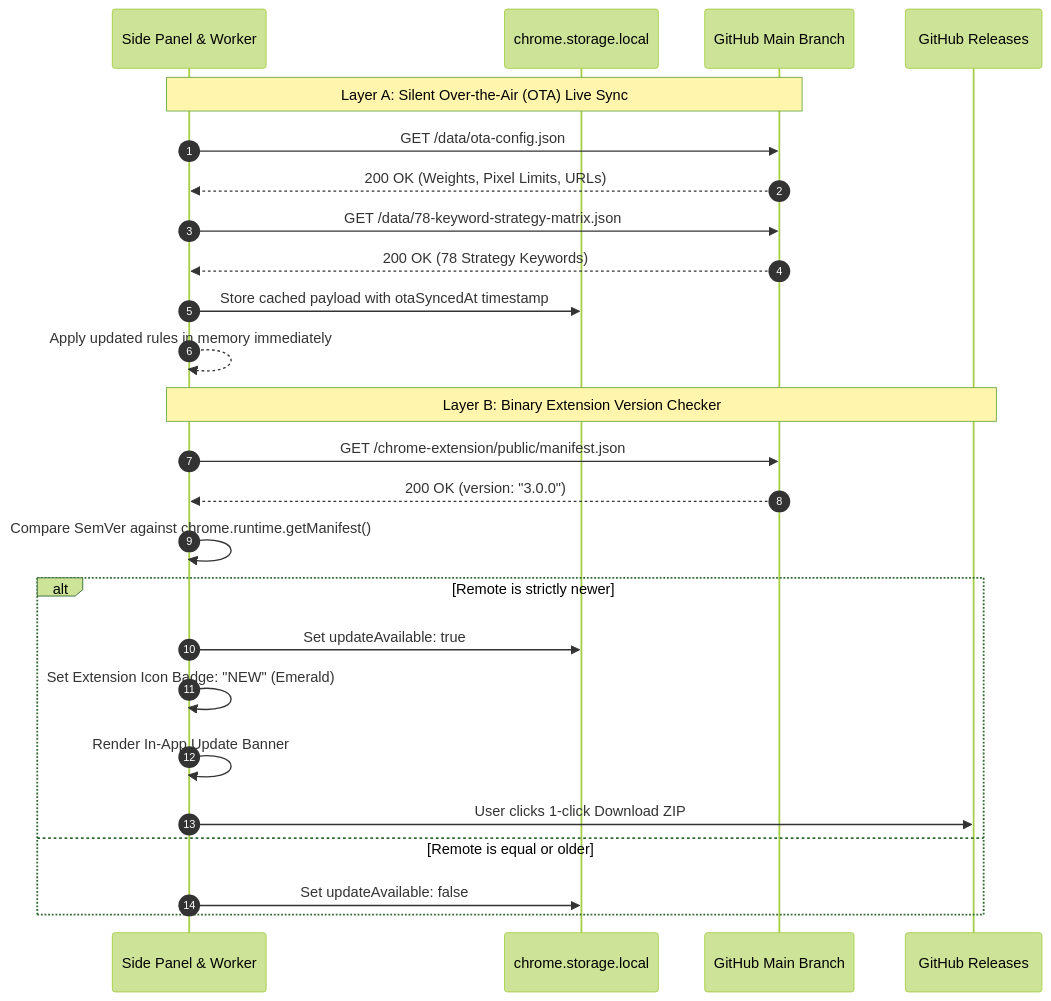
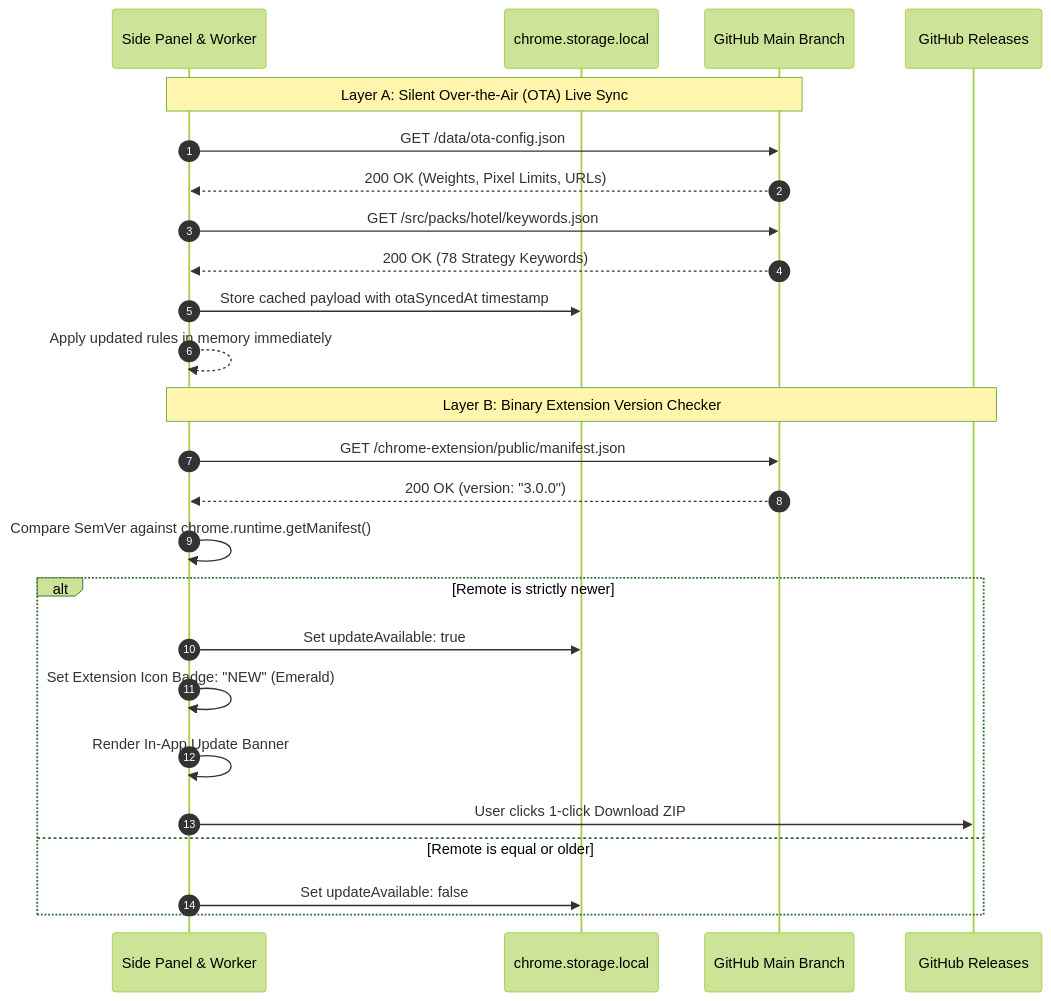
Before and after one commit to nurunnobejisan/Cogwheel-SEO-Templates: the second of 5 diagrams in docs/ARCHITECTURE.md, drawn with Mermaid (forest theme). The commit also changed 13 other files, not shown here.

First line of the commit message:
feat(packs): move hotel matrix to src/packs/hotel/keywords.json with illustrative cpc marking (Task 4.1, part 1)

````diff
--- a/docs/ARCHITECTURE.md
+++ b/docs/ARCHITECTURE.md
@@ -158,29 +158,29 @@
 ```mermaid
 sequenceDiagram
     autonumber
     participant Extension as Side Panel & Worker
     participant Storage as chrome.storage.local
     participant GitHub as GitHub Main Branch
     participant Releases as GitHub Releases
 
     Note over Extension,GitHub: Layer A: Silent Over-the-Air (OTA) Live Sync
     Extension->>GitHub: GET /data/ota-config.json
     GitHub-->>Extension: 200 OK (Weights, Pixel Limits, URLs)
-    Extension->>GitHub: GET /data/78-keyword-strategy-matrix.json
+    Extension->>GitHub: GET /src/packs/hotel/keywords.json
     GitHub-->>Extension: 200 OK (78 Strategy Keywords)
     Extension->>Storage: Store cached payload with otaSyncedAt timestamp
     Extension-->>Extension: Apply updated rules in memory immediately
 
     Note over Extension,Releases: Layer B: Binary Extension Version Checker
     Extension->>GitHub: GET /chrome-extension/public/manifest.json
     GitHub-->>Extension: 200 OK (version: "3.0.0")
     Extension->>Extension: Compare SemVer against chrome.runtime.getManifest()
     alt Remote is strictly newer
         Extension->>Storage: Set updateAvailable: true
         Extension->>Extension: Set Extension Icon Badge: "NEW" (Emerald)
         Extension->>Extension: Render In-App Update Banner
         Extension->>Releases: User clicks 1-click Download ZIP
     else Remote is equal or older
         Extension->>Storage: Set updateAvailable: false
     end
 ```
````
